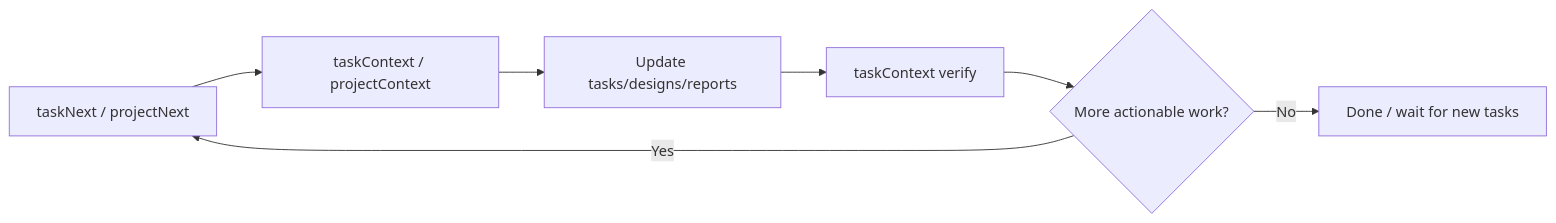
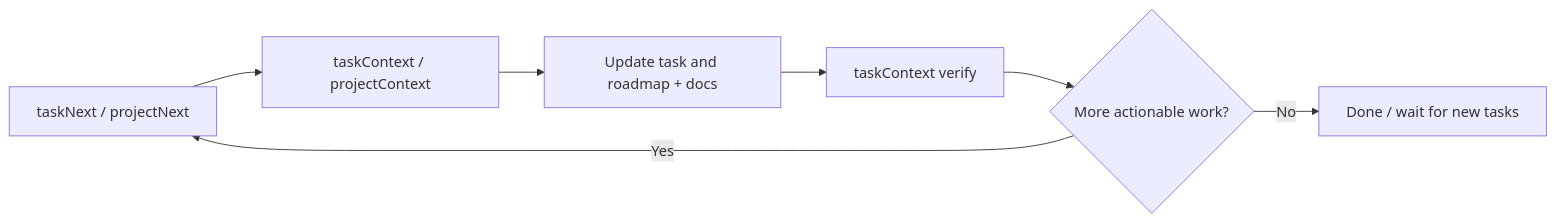
One commit to yinxulai/projitive changed the first of 2 diagrams in packages/mcp/README.md. Above: the diagram before and after it, drawn with Mermaid. The commit also changed other lines of this file and 62 other files, not shown here.

Commit message:
feat(mcp): adopt sqlite-first governance flow and templated responses

````diff
--- a/packages/mcp/README.md
+++ b/packages/mcp/README.md
@@ -11,9 +71,9 @@
 ```mermaid
 flowchart LR
   A[taskNext / projectNext] --> B[taskContext / projectContext]
-  B --> C[Update tasks/designs/reports]
+  B --> C[Update task and roadmap + docs]
   C --> D[taskContext verify]
   D --> E{More actionable work?}
   E -->|Yes| A
   E -->|No| F[Done / wait for new tasks]
 ```
````
